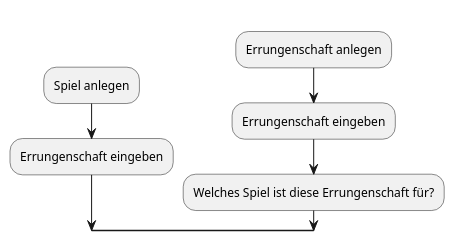
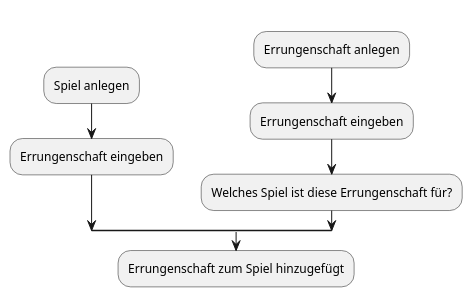
One commit to HEBK-BGM/Verwaltungssoftware_Team_3_TestGIt changed the diagram in Docs/Pflichtenheft/Diagramme/Erungenschaften_aktivdia.iuml. Above: the diagram before and after it, drawn with PlantUML.

Commit message:
Errungenschaft fertig

```diff
--- a/Docs/Pflichtenheft/Diagramme/Erungenschaften_aktivdia.iuml
+++ b/Docs/Pflichtenheft/Diagramme/Erungenschaften_aktivdia.iuml
@@ -1,13 +1,14 @@
 @startuml
 split
    -[hidden]->
    :Spiel anlegen;
    :Errungenschaft eingeben;
 split again
    -[hidden]->
    :Errungenschaft anlegen;
    :Errungenschaft eingeben;
    :Welches Spiel ist diese Errungenschaft für?;
 end split
+:Errungenschaft zum Spiel hinzugefügt;
 
 @enduml
```
